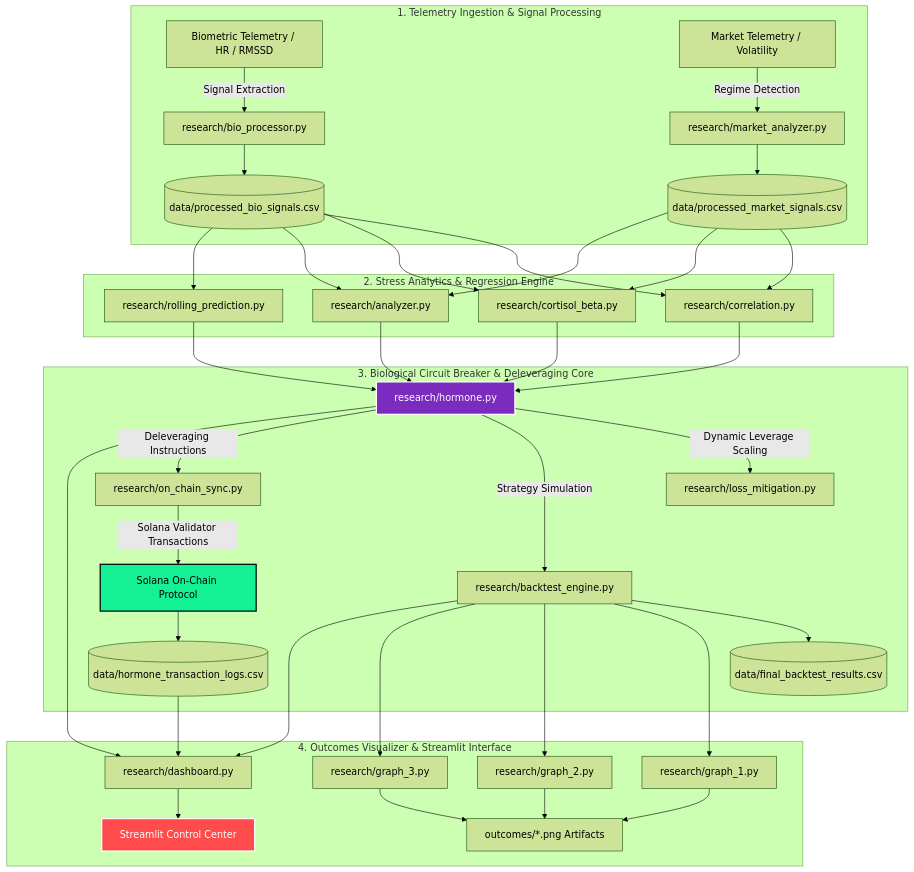
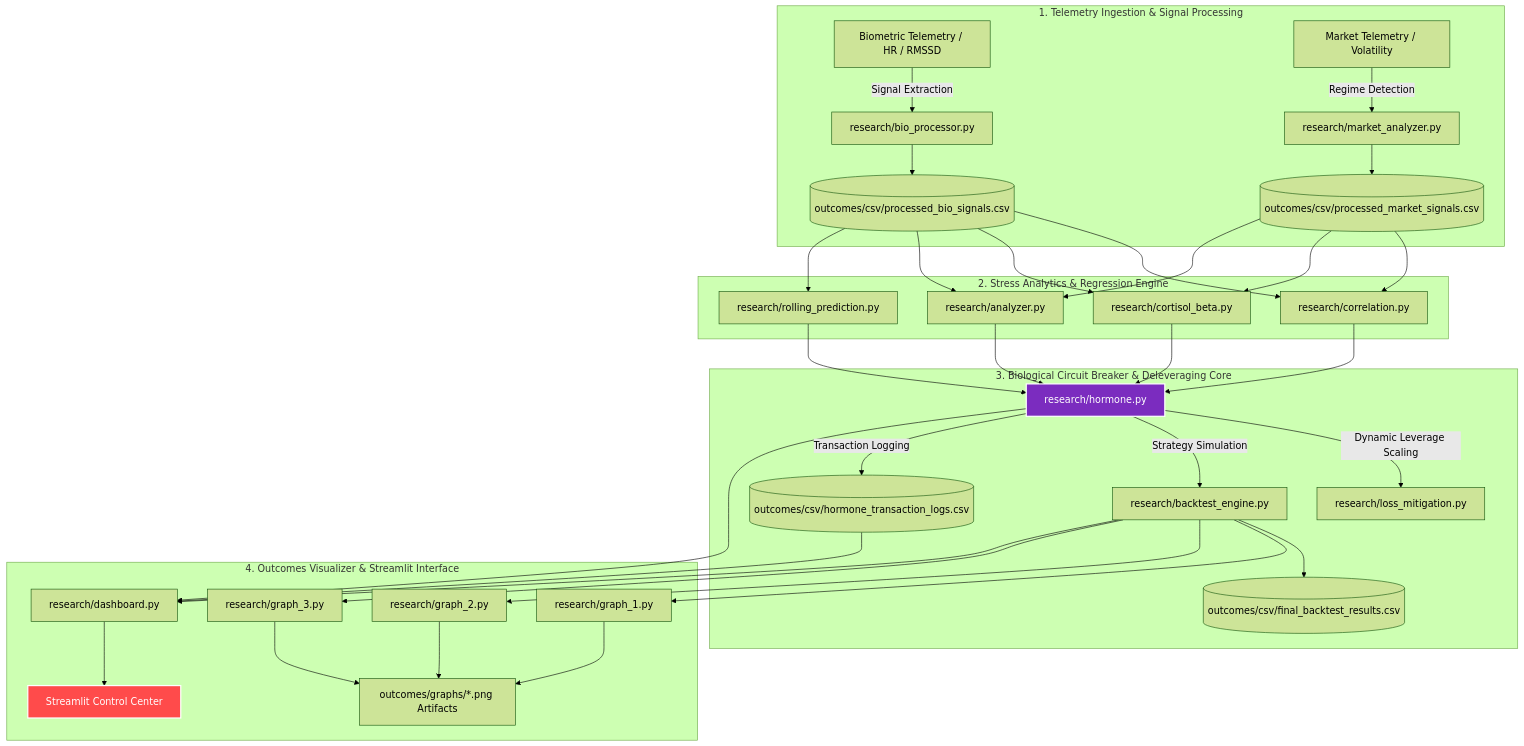
Before and after one commit to pikum06/hormone-responsive-smart-portfolio: the diagram in README.md, drawn with Mermaid (forest theme). The commit also changed other lines of this file, not shown here.

Commit message:
Update execution sequence in README.md with directional step flow

````diff
--- a/README.md
+++ b/README.md
@@ -84,40 +85,37 @@
 ```mermaid
 graph TD
     subgraph Ingestion ["1. Telemetry Ingestion & Signal Processing"]
         A1[Biometric Telemetry / HR / RMSSD] -->|Signal Extraction| P1[research/bio_processor.py]
         A2[Market Telemetry / Volatility] -->|Regime Detection| P2[research/market_analyzer.py]
-        P1 --> D1[(data/processed_bio_signals.csv)]
-        P2 --> D2[(data/processed_market_signals.csv)]
+        P1 --> D1[(outcomes/csv/processed_bio_signals.csv)]
+        P2 --> D2[(outcomes/csv/processed_market_signals.csv)]
     end
 
     subgraph Quantitative ["2. Stress Analytics & Regression Engine"]
         D1 & D2 --> C1[research/correlation.py]
         D1 & D2 --> C2[research/cortisol_beta.py]
         D1 & D2 --> C3[research/analyzer.py]
         D1 --> C4[research/rolling_prediction.py]
     end
 
     subgraph CircuitBreaker ["3. Biological Circuit Breaker & Deleveraging Core"]
         C1 & C2 & C3 & C4 --> H1[research/hormone.py]
         H1 -->|Dynamic Leverage Scaling| L1[research/loss_mitigation.py]
         H1 -->|Strategy Simulation| B1[research/backtest_engine.py]
-        B1 --> D3[(data/final_backtest_results.csv)]
-        H1 -->|Deleveraging Instructions| O1[research/on_chain_sync.py]
-        O1 -->|Solana Validator Transactions| S1[Solana On-Chain Protocol]
-        S1 --> D4[(data/hormone_transaction_logs.csv)]
+        B1 --> D3[(outcomes/csv/final_backtest_results.csv)]
+        H1 -->|Transaction Logging| D4[(outcomes/csv/hormone_transaction_logs.csv)]
     end
 
     subgraph Presentation ["4. Outcomes Visualizer & Streamlit Interface"]
         B1 --> G1[research/graph_1.py]
         B1 --> G2[research/graph_2.py]
         B1 --> G3[research/graph_3.py]
-        G1 & G2 & G3 --> OUT[outcomes/*.png Artifacts]
+        G1 & G2 & G3 --> OUT[outcomes/graphs/*.png Artifacts]
         
         H1 & B1 & D4 --> DB[research/dashboard.py]
         DB --> UI[Streamlit Control Center]
     end
 
     style H1 fill:#7b2cbf,stroke:#fff,stroke-width:2px,color:#fff
-    style S1 fill:#14f195,stroke:#000,stroke-width:2px,color:#000
     style UI fill:#ff4b4b,stroke:#fff,stroke-width:2px,color:#fff
 ```
````
